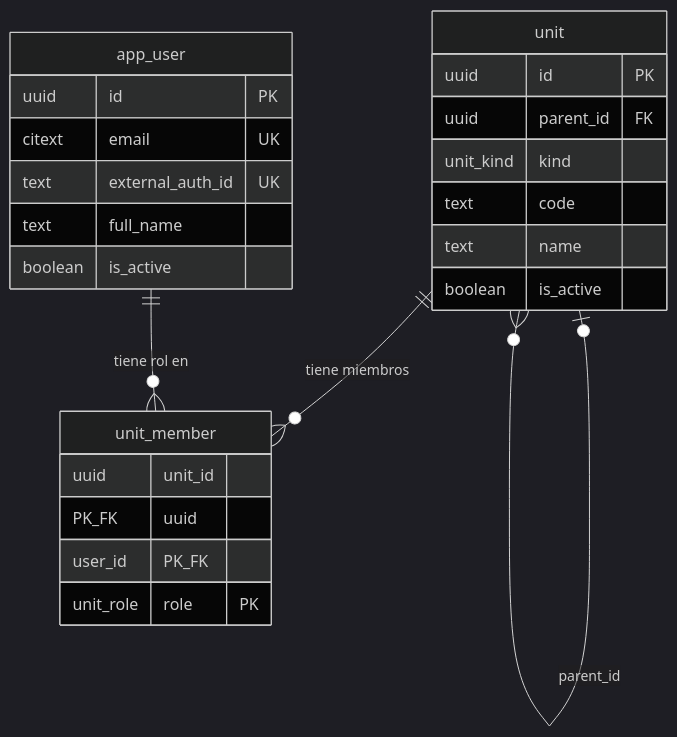
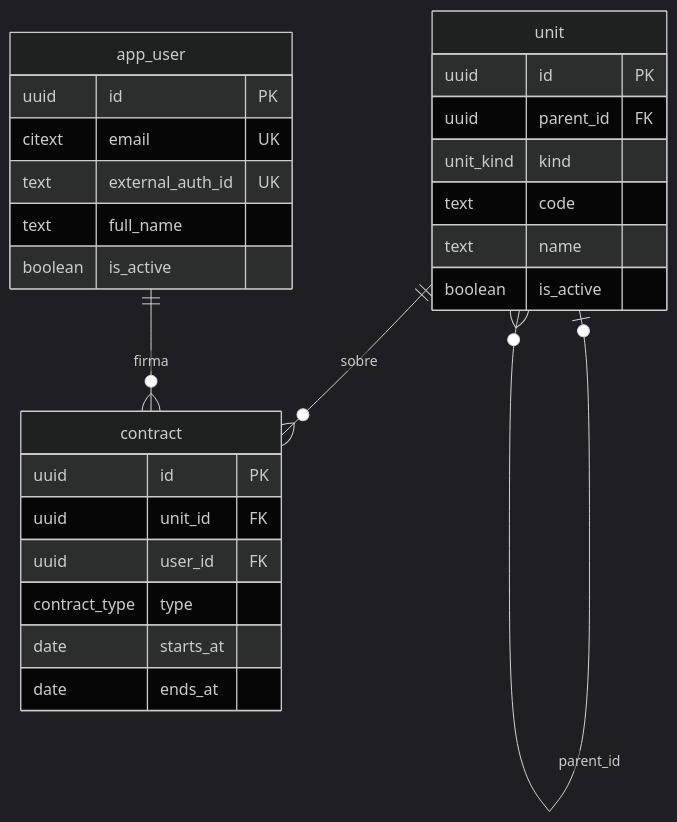
Before and after one commit to MarkoDotCom/logistica-comunidad: the diagram in database/README.md, drawn with Mermaid (dark theme). The commit also changed other lines of this file and 5 other files, not shown here.

First line of the commit message:
Reemplazar unit_member por contract: la relación persona-unidad es un contrato

````diff
--- a/database/README.md
+++ b/database/README.md
@@ -49,26 +49,29 @@
 ```mermaid
 erDiagram
   unit o|--o{ unit : "parent_id"
-  unit     ||--o{ unit_member : "tiene miembros"
-  app_user ||--o{ unit_member : "tiene rol en"
+  unit     ||--o{ contract : "sobre"
+  app_user ||--o{ contract : "firma"
   unit {
     uuid id PK
     uuid parent_id FK
     unit_kind kind
     text code
     text name
     boolean is_active
   }
   app_user {
     uuid id PK
     citext email UK
     text external_auth_id UK
     text full_name
     boolean is_active
   }
-  unit_member {
-    uuid unit_id PK_FK
-    uuid user_id PK_FK
-    unit_role role PK
+  contract {
+    uuid id PK
+    uuid unit_id FK
+    uuid user_id FK
+    contract_type type
+    date starts_at
+    date ends_at
   }
 ```
````
